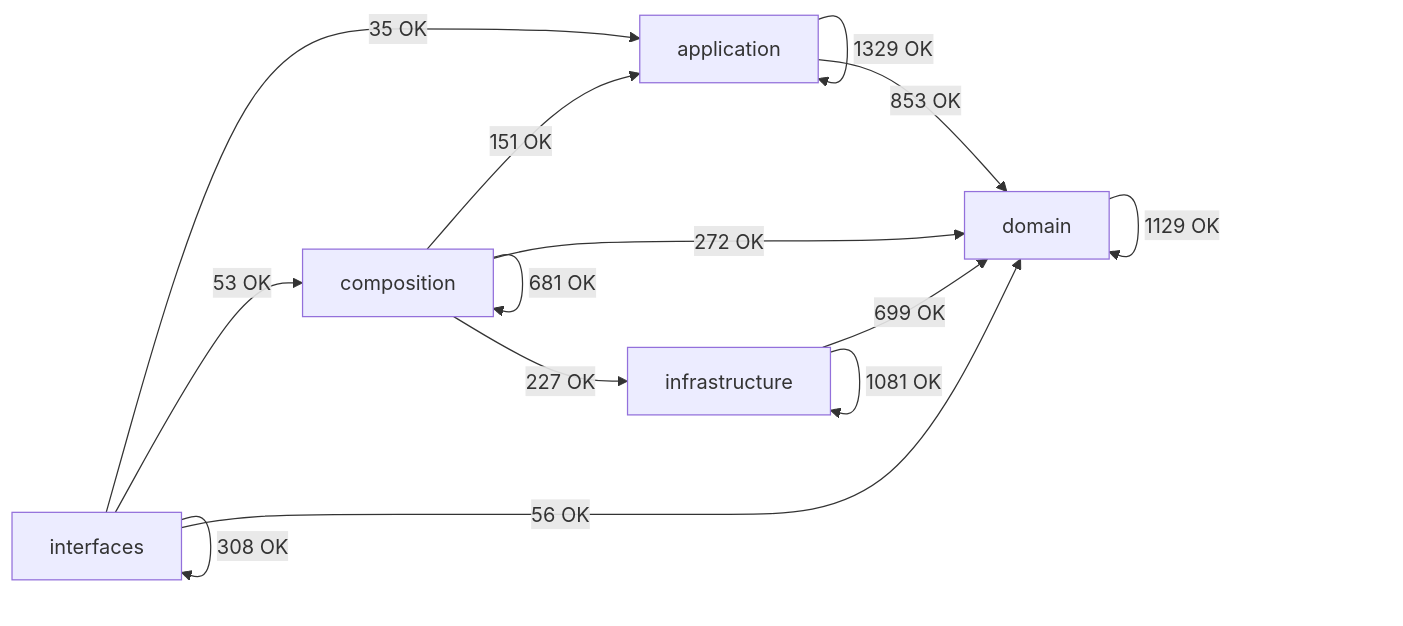
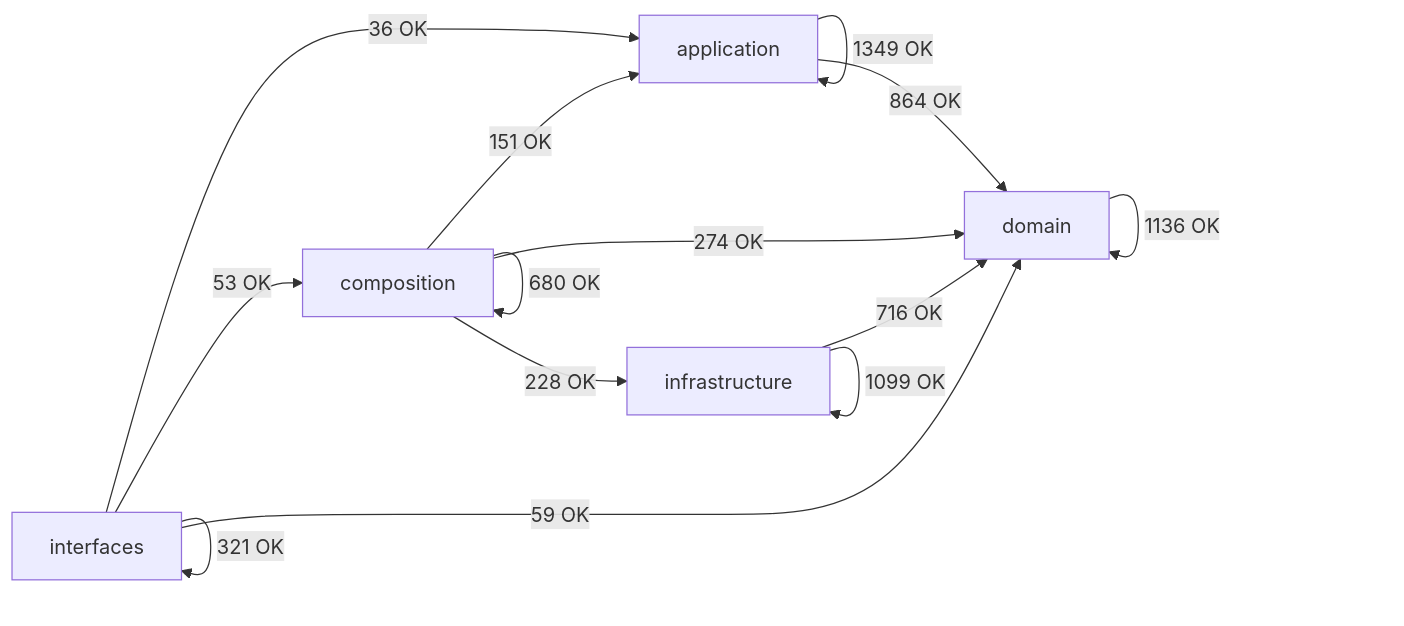
Before and after one commit to SatoryKono/BioactivityDataAcquisition: the diagram in docs/02-architecture/generated/module-dependency-map.md, drawn with Mermaid. The commit also changed other lines of this file and 24 other files, not shown here.

````diff
--- a/docs/02-architecture/generated/module-dependency-map.md
+++ b/docs/02-architecture/generated/module-dependency-map.md
@@ -17,21 +17,21 @@
 ```mermaid
 flowchart LR
     domain[domain]
     application[application]
     infrastructure[infrastructure]
     composition[composition]
     interfaces[interfaces]
-    application -->|1329 OK| application
-    application -->|853 OK| domain
+    application -->|1349 OK| application
+    application -->|864 OK| domain
     composition -->|151 OK| application
-    composition -->|681 OK| composition
-    composition -->|272 OK| domain
-    composition -->|227 OK| infrastructure
-    domain -->|1129 OK| domain
-    infrastructure -->|699 OK| domain
-    infrastructure -->|1081 OK| infrastructure
-    interfaces -->|35 OK| application
+    composition -->|680 OK| composition
+    composition -->|274 OK| domain
+    composition -->|228 OK| infrastructure
+    domain -->|1136 OK| domain
+    infrastructure -->|716 OK| domain
+    infrastructure -->|1099 OK| infrastructure
+    interfaces -->|36 OK| application
     interfaces -->|53 OK| composition
-    interfaces -->|56 OK| domain
-    interfaces -->|308 OK| interfaces
+    interfaces -->|59 OK| domain
+    interfaces -->|321 OK| interfaces
 ```
````
